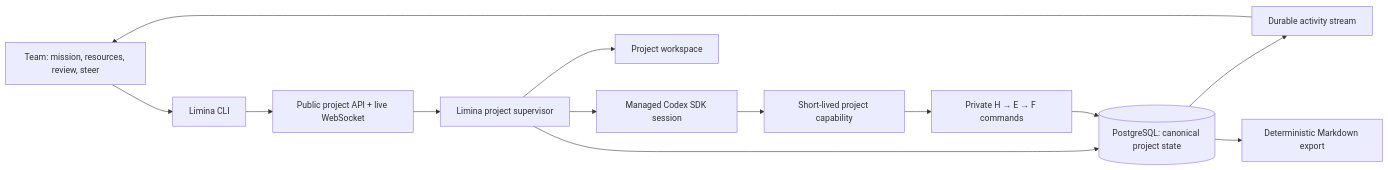
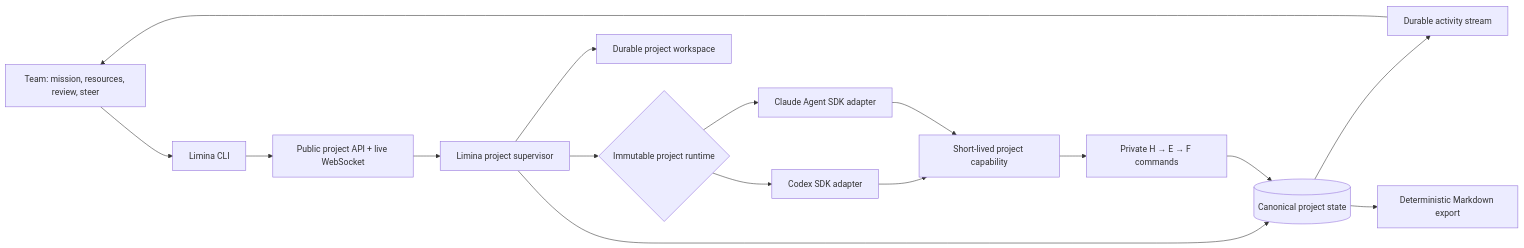
One commit to theam/autonomous-researcher changed the first of 2 diagrams in docs/cloud-runtime-architecture.md. Above: the diagram before and after it, drawn with Mermaid. The commit also changed other lines of this file and 21 other files, not shown here.

Commit message:
feat(runtime): add managed Claude Code engine

````diff
--- a/docs/cloud-runtime-architecture.md
+++ b/docs/cloud-runtime-architecture.md
@@ -12,15 +12,18 @@
 ```mermaid
 flowchart LR
     Team["Team: mission, resources, review, steer"] --> CLI["Limina CLI"]
     CLI --> API["Public project API + live WebSocket"]
     API --> Supervisor["Limina project supervisor"]
-    Supervisor --> Codex["Managed Codex SDK session"]
-    Supervisor --> Workspace["Project workspace"]
-    Supervisor --> DB[("PostgreSQL: canonical project state")]
+    Supervisor --> Adapter{"Immutable project runtime"}
+    Adapter --> Codex["Codex SDK adapter"]
+    Adapter --> Claude["Claude Agent SDK adapter"]
+    Supervisor --> Workspace["Durable project workspace"]
+    Supervisor --> DB[("Canonical project state")]
     Codex --> Capability["Short-lived project capability"]
+    Claude --> Capability
     Capability --> Commands["Private H → E → F commands"]
     Commands --> DB
     DB --> Stream["Durable activity stream"]
     Stream --> Team
     DB --> Export["Deterministic Markdown export"]
 ```
````
